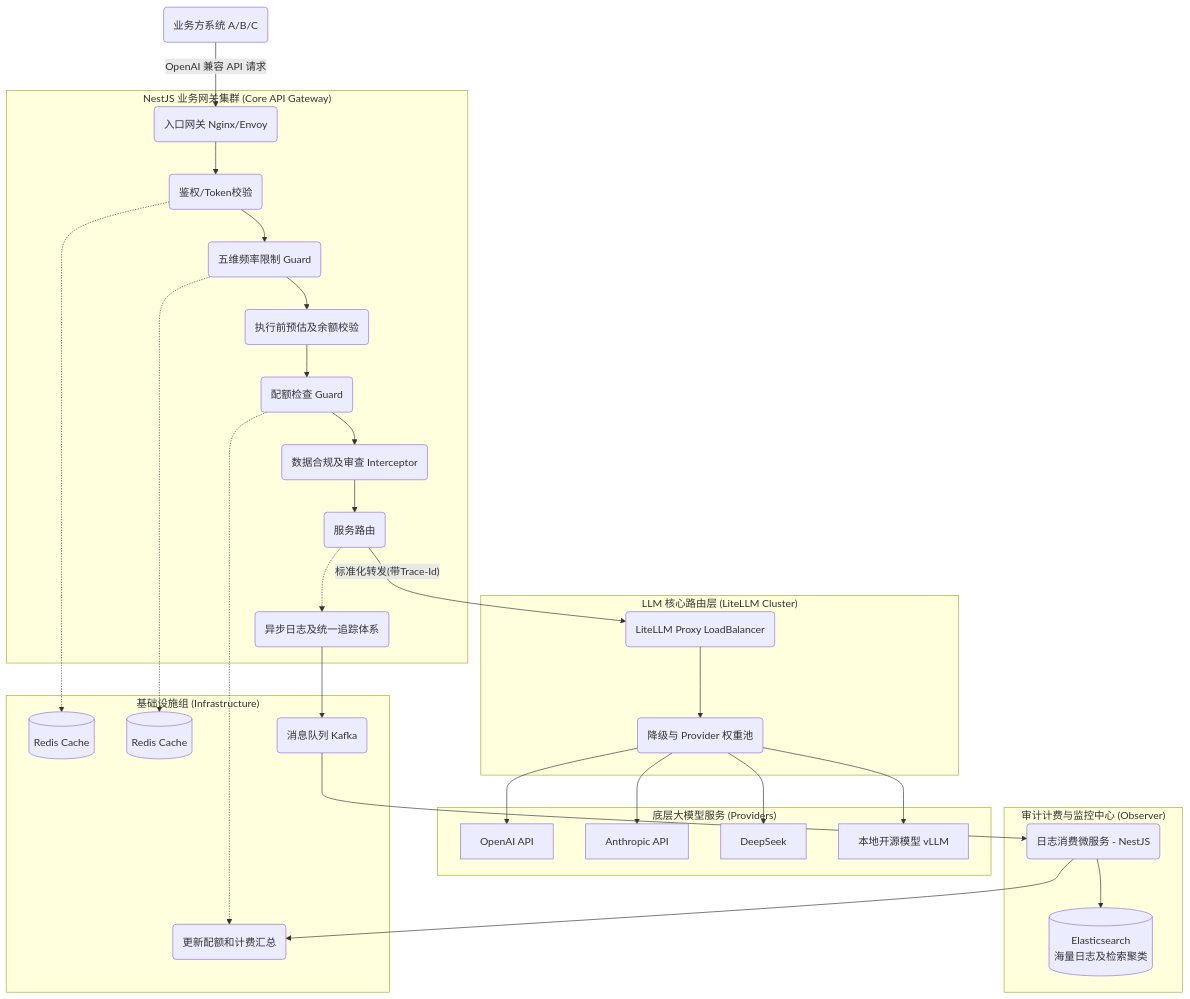
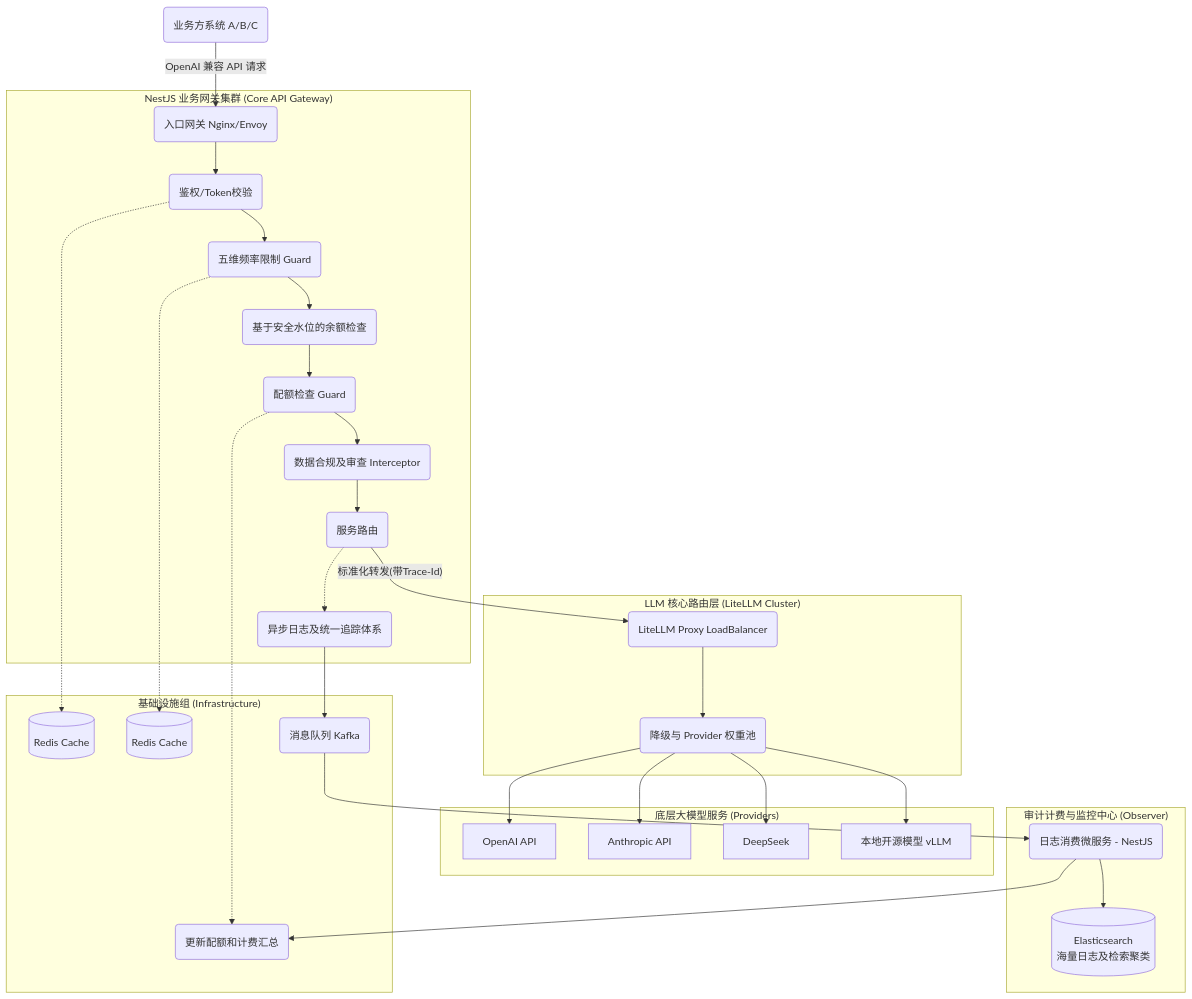
Before and after one commit to shufangyii/ai-adaptar: the diagram in docs/ARCHITECTURE.md, drawn with Mermaid. The commit also changed other lines of this file and 5 other files, not shown here.

````diff
--- a/docs/ARCHITECTURE.md
+++ b/docs/ARCHITECTURE.md
@@ -37,39 +37,39 @@
 ```mermaid
 graph TD
     Client(业务方系统 A/B/C) -->|"OpenAI 兼容 API 请求"| Nginx(入口网关 Nginx/Envoy)
 
     subgraph "NestJS 业务网关集群 (Core API Gateway)"
         Nginx --> AuthMiddleware(鉴权/Token校验)
         AuthMiddleware --> RateLimiter(五维频率限制 Guard)
-        RateLimiter --> CostEstimator(执行前预估及余额校验)
-        CostEstimator --> QuotaCheck(配额检查 Guard)
+        RateLimiter --> WatermarkCheck(基于安全水位的余额检查)
+        WatermarkCheck --> QuotaCheck(配额检查 Guard)
         QuotaCheck --> DLP(数据合规及审查 Interceptor)
         DLP --> RouterLogic(服务路由)
         RouterLogic -.-> AsyncLogger(异步日志及统一追踪体系)
     end
 
     subgraph "基础设施组 (Infrastructure)"
         AuthMiddleware -.-> RedisAuth[(Redis Cache)]
         RateLimiter -.-> RedisRate[(Redis Cache)]
         QuotaCheck -.-> DB_PG[(PostgreSQL<br>用户/配置中心)]
         AsyncLogger --> MQ(消息队列 Kafka)
     end
 
     subgraph "LLM 核心路由层 (LiteLLM Cluster)"
         RouterLogic -->|"标准化转发(带Trace-Id)"| LiteLLM(LiteLLM Proxy LoadBalancer)
         LiteLLM --> Fallback(降级与 Provider 权重池)
     end
 
     subgraph "底层大模型服务 (Providers)"
         Fallback --> OpenAI[OpenAI API]
         Fallback --> Anthropic[Anthropic API]
         Fallback --> DeepSeek[DeepSeek]
         Fallback --> LocalModel[本地开源模型 vLLM]
     end
 
     subgraph "审计计费与监控中心 (Observer)"
         MQ --> LogConsumer(日志消费微服务 - NestJS)
         LogConsumer --> Elasticsearch[(Elasticsearch<br>海量日志及检索聚类)]
         LogConsumer --> DB_PG(更新配额和计费汇总)
     end
 ```
````
